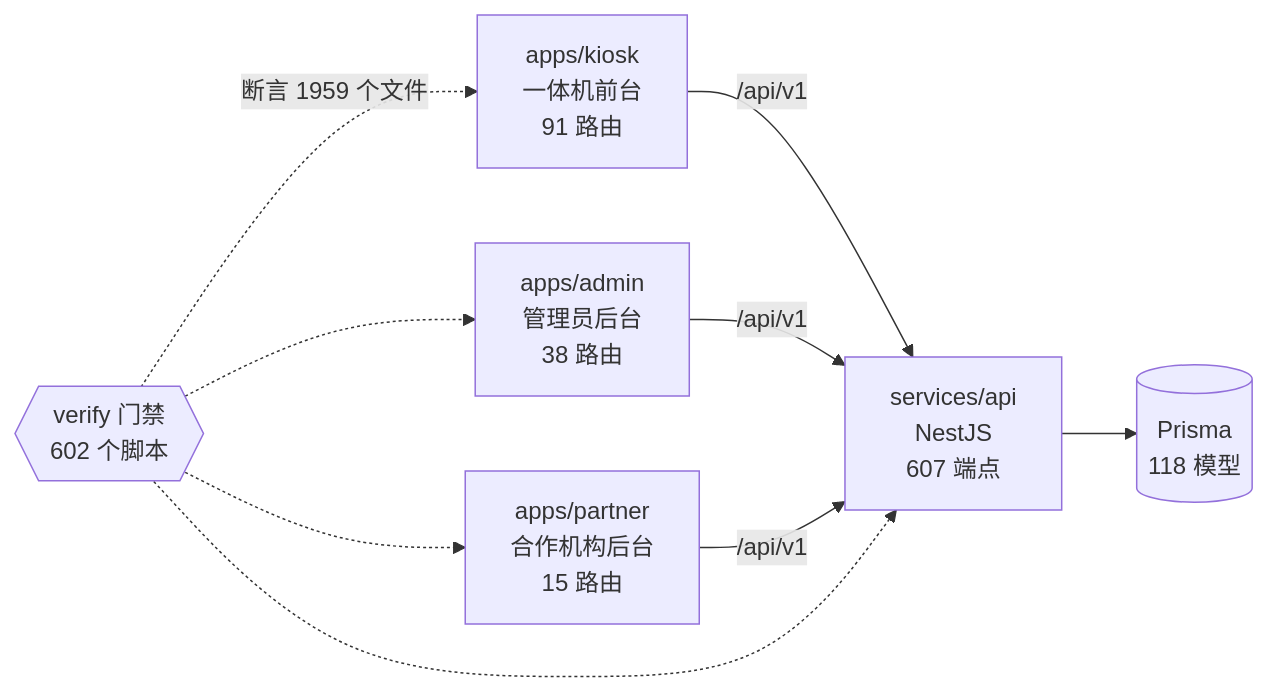
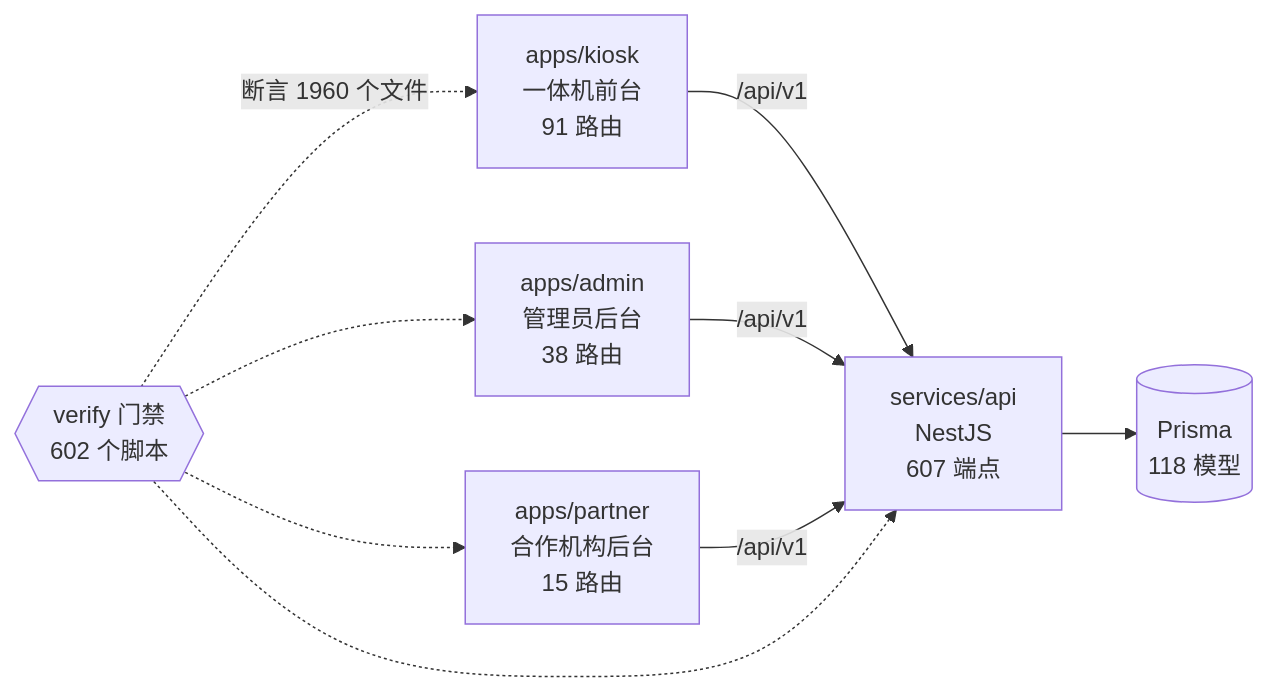
One commit to wanglei581/YITIJI changed the diagram in docs/graph/README.md. Above: the diagram before and after it, drawn with Mermaid. The commit also changed other lines of this file and 4 other files, not shown here.

````diff
--- a/docs/graph/README.md
+++ b/docs/graph/README.md
@@ -68,18 +68,18 @@
 ```mermaid
 flowchart LR
   kiosk["apps/kiosk<br/>一体机前台<br/>91 路由"]
   admin["apps/admin<br/>管理员后台<br/>38 路由"]
   partner["apps/partner<br/>合作机构后台<br/>15 路由"]
   api["services/api<br/>NestJS<br/>607 端点"]
   db[("Prisma<br/>118 模型")]
   gates{{"verify 门禁<br/>602 个脚本"}}
 
   kiosk -->|"/api/v1"| api
   admin -->|"/api/v1"| api
   partner -->|"/api/v1"| api
   api --> db
-  gates -.->|"断言 1959 个文件"| kiosk
+  gates -.->|"断言 1960 个文件"| kiosk
   gates -.-> admin
   gates -.-> partner
   gates -.-> api
 ```
````
